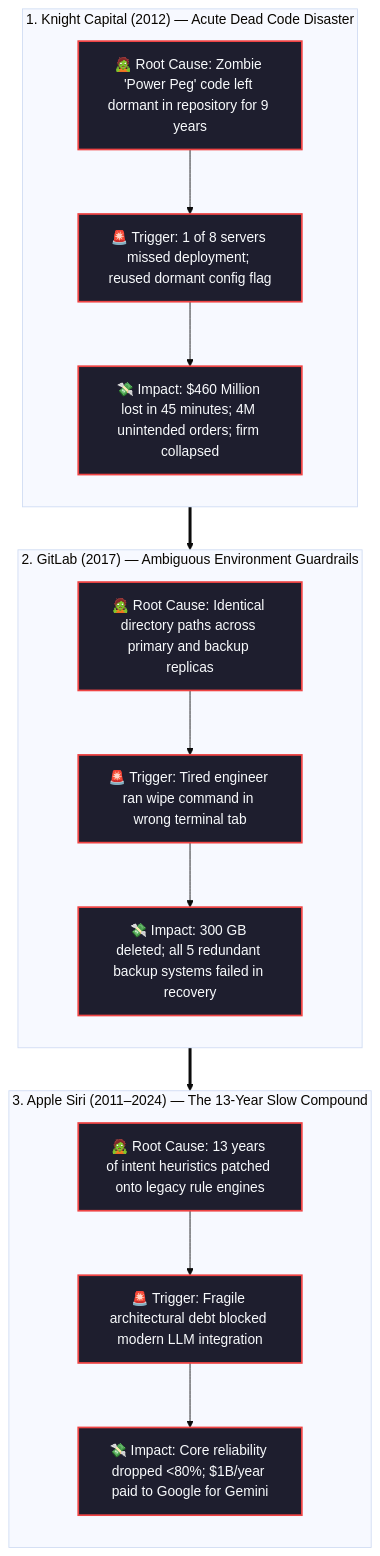
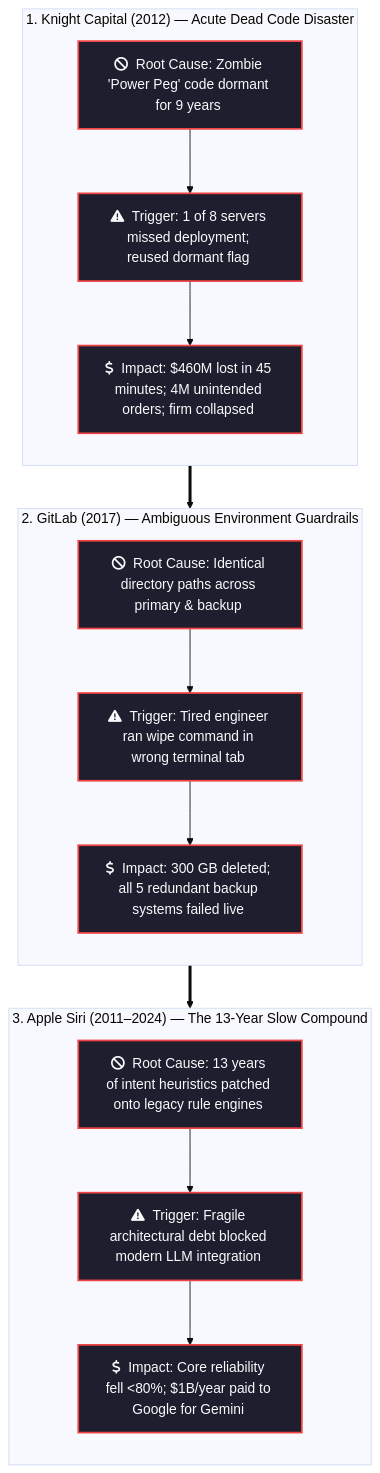
One commit to Dustu103/system-design changed the third of 4 diagrams in 01-filestructure/README.md. Above: the diagram before and after it, drawn with Mermaid (base theme). The commit also changed other lines of this file and 1 other file, not shown here.

````diff
--- a/01-filestructure/README.md
+++ b/01-filestructure/README.md
@@ -63,31 +63,31 @@
 ```mermaid
 flowchart TD
     subgraph K["1. Knight Capital (2012) — Acute Dead Code Disaster"]
         direction TB
-        K1["🧟 Root Cause: Zombie 'Power Peg' code left dormant in repository for 9 years"]
-        K2["🚨 Trigger: 1 of 8 servers missed deployment; reused dormant config flag"]
-        K3["💸 Impact: $460 Million lost in 45 minutes; 4M unintended orders; firm collapsed"]
+        K1["fa:fa-ban &nbsp;Root Cause: Zombie 'Power Peg' code dormant for 9 years&nbsp;"]
+        K2["fa:fa-exclamation-triangle &nbsp;Trigger: 1 of 8 servers missed deployment; reused dormant flag&nbsp;"]
+        K3["fa:fa-dollar &nbsp;Impact: $460M lost in 45 minutes; 4M unintended orders; firm collapsed&nbsp;"]
         K1 --> K2 --> K3
     end
 
     subgraph G["2. GitLab (2017) — Ambiguous Environment Guardrails"]
         direction TB
-        G1["🧟 Root Cause: Identical directory paths across primary and backup replicas"]
-        G2["🚨 Trigger: Tired engineer ran wipe command in wrong terminal tab"]
-        G3["💸 Impact: 300 GB deleted; all 5 redundant backup systems failed in recovery"]
+        G1["fa:fa-ban &nbsp;Root Cause: Identical directory paths across primary & backup&nbsp;"]
+        G2["fa:fa-exclamation-triangle &nbsp;Trigger: Tired engineer ran wipe command in wrong terminal tab&nbsp;"]
+        G3["fa:fa-dollar &nbsp;Impact: 300 GB deleted; all 5 redundant backup systems failed live&nbsp;"]
         G1 --> G2 --> G3
     end
 
     subgraph S["3. Apple Siri (2011–2024) — The 13-Year Slow Compound"]
         direction TB
-        S1["🧟 Root Cause: 13 years of intent heuristics patched onto legacy rule engines"]
-        S2["🚨 Trigger: Fragile architectural debt blocked modern LLM integration"]
-        S3["💸 Impact: Core reliability dropped <80%; $1B/year paid to Google for Gemini"]
+        S1["fa:fa-ban &nbsp;Root Cause: 13 years of intent heuristics patched onto legacy rule engines&nbsp;"]
+        S2["fa:fa-exclamation-triangle &nbsp;Trigger: Fragile architectural debt blocked modern LLM integration&nbsp;"]
+        S3["fa:fa-dollar &nbsp;Impact: Core reliability fell <80%; $1B/year paid to Google for Gemini&nbsp;"]
         S1 --> S2 --> S3
     end
 
     K ==> G ==> S
 
     classDef disaster fill:#1e1e2e,stroke:#ef4444,stroke-width:2px,color:#f8fafc;
     class K1,K2,K3,G1,G2,G3,S1,S2,S3 disaster;
 ```
````
